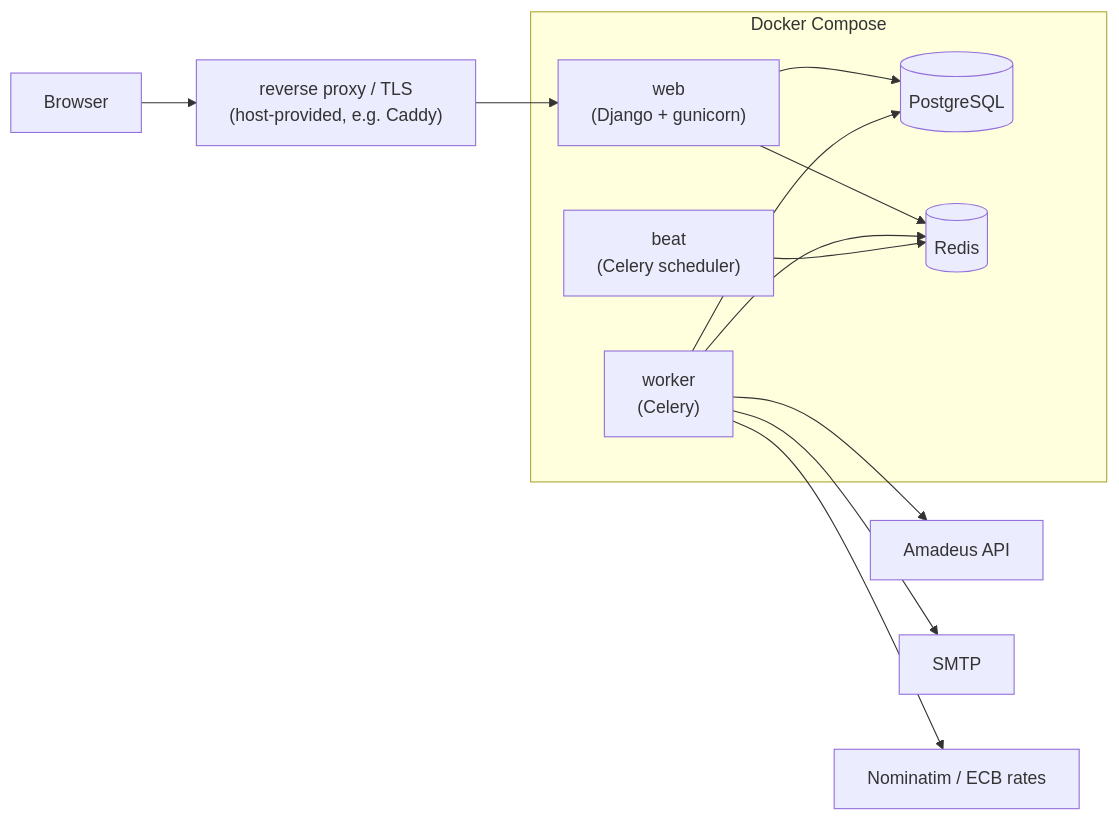
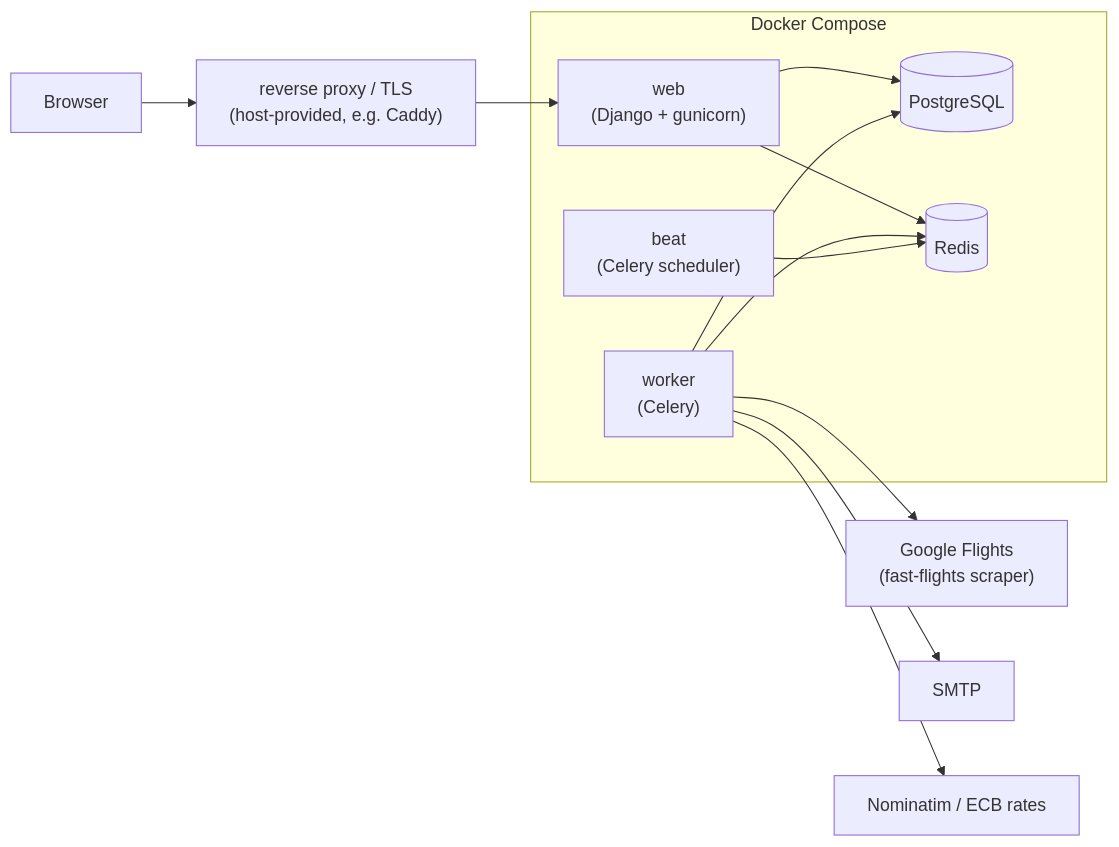
The diagram in docs/architecture.md (trashcluster/samferd), drawn with Mermaid before and after one commit. The commit also changed other lines of this file and 14 other files, not shown here.

````diff
--- a/docs/architecture.md
+++ b/docs/architecture.md
@@ -18,17 +18,17 @@
 ```mermaid
 graph LR
     subgraph "Docker Compose"
         web["web<br/>(Django + gunicorn)"]
         worker["worker<br/>(Celery)"]
         beat["beat<br/>(Celery scheduler)"]
         db[(PostgreSQL)]
         redis[(Redis)]
     end
     browser["Browser"] --> proxy["reverse proxy / TLS<br/>(host-provided, e.g. Caddy)"] --> web
     web --> db & redis
     worker --> db & redis
     beat --> redis
-    worker --> amadeus["Amadeus API"]
+    worker --> gflights["Google Flights<br/>(fast-flights scraper)"]
     worker --> smtp["SMTP"]
     worker --> osm["Nominatim / ECB rates"]
 ```
````
